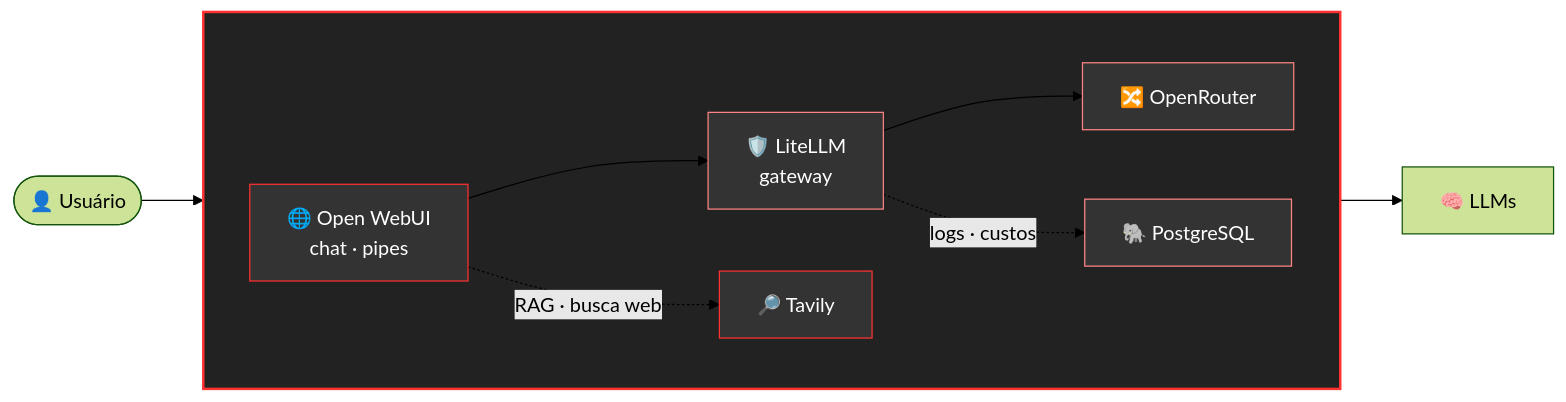
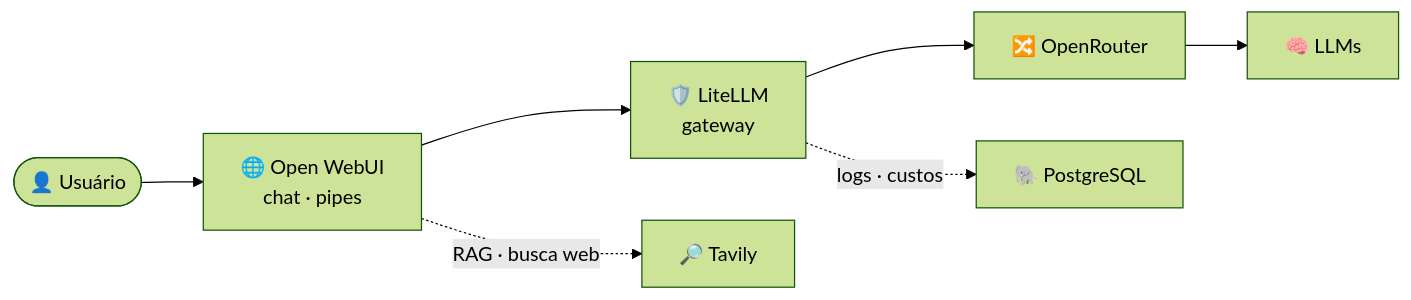
Before and after one commit to Asteriuz/Asteriuz: the diagram in README.md, drawn with Mermaid (forest theme). The commit also changed other lines of this file, not shown here.

````diff
--- a/README.md
+++ b/README.md
@@ -81,18 +68,8 @@
 ```mermaid
 flowchart LR
-    U(["👤 Usuário"]) --> W
-    subgraph S[" "]
-        direction LR
-        W["🌐 Open WebUI<br/>chat · pipes"] --> L["🛡️ LiteLLM<br/>gateway"]
-        L --> R["🔀 OpenRouter"]
-        W -. "RAG · busca web" .-> T["🔎 Tavily"]
-        L -. "logs · custos" .-> P["🐘 PostgreSQL"]
-    end
-    R --> M["🧠 LLMs"]
-    style S fill:#222222,stroke:#FF3131,stroke-width:2px,color:#EDEDED
-    style W fill:#333333,stroke:#FF3131,color:#FFFFFF
-    style L fill:#333333,stroke:#FF8585,color:#FFFFFF
-    style R fill:#333333,stroke:#FF8585,color:#FFFFFF
-    style T fill:#333333,stroke:#FF3131,color:#FFFFFF
-    style P fill:#333333,stroke:#FF8585,color:#FFFFFF
+    U(["👤 Usuário"]) --> W["🌐 Open WebUI<br/>chat · pipes"]
+    W --> L["🛡️ LiteLLM<br/>gateway"]
+    L --> R["🔀 OpenRouter"] --> M["🧠 LLMs"]
+    W -. "RAG · busca web" .-> T["🔎 Tavily"]
+    L -. "logs · custos" .-> P["🐘 PostgreSQL"]
 ```
````
